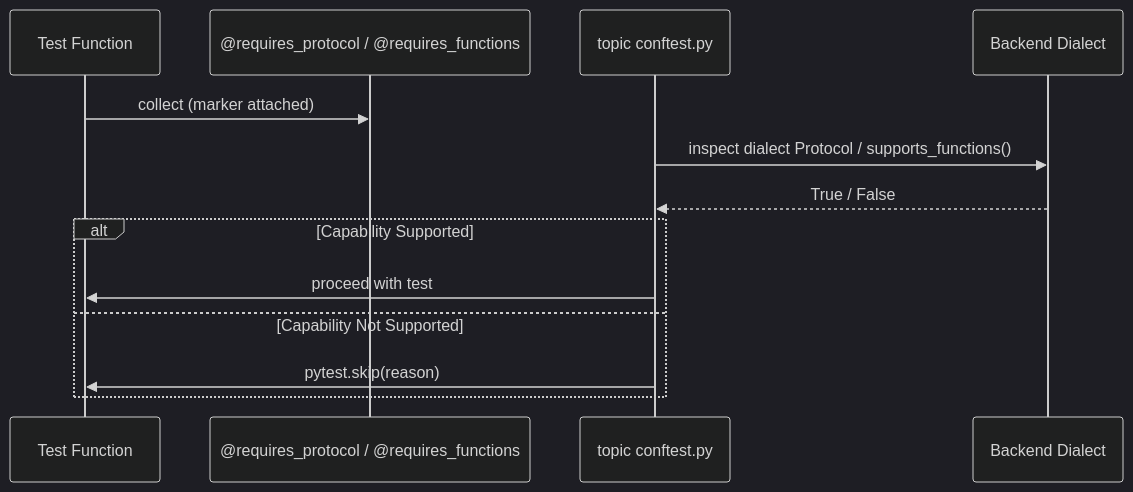
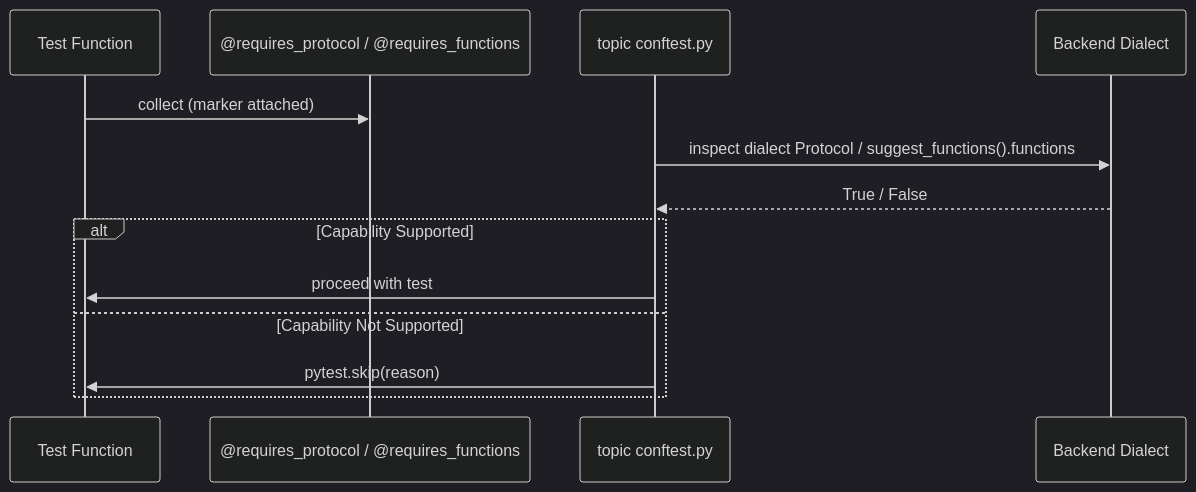
One commit to rhosocial/python-activerecord-testsuite changed the diagram in docs/en_US/configuration.md. Above: the diagram before and after it, drawn with Mermaid (dark theme). The commit also changed other lines of this file and 5 other files, not shown here.

First line of the commit message:
refactor(testsuite): read the function catalogue from suggest_functions()

````diff
--- a/docs/en_US/configuration.md
+++ b/docs/en_US/configuration.md
@@ -199,17 +199,17 @@
 ```mermaid
 sequenceDiagram
     participant Test as Test Function
     participant Marker as @requires_protocol / @requires_functions
     participant Conftest as topic conftest.py
     participant Dialect as Backend Dialect
     
     Test->>Marker: collect (marker attached)
-    Conftest->>Dialect: inspect dialect Protocol / supports_functions()
+    Conftest->>Dialect: inspect dialect Protocol / suggest_functions().functions
     Dialect-->>Conftest: True / False
     
     alt Capability Supported
         Conftest->>Test: proceed with test
     else Capability Not Supported
         Conftest->>Test: pytest.skip(reason)
     end
 ```
````
